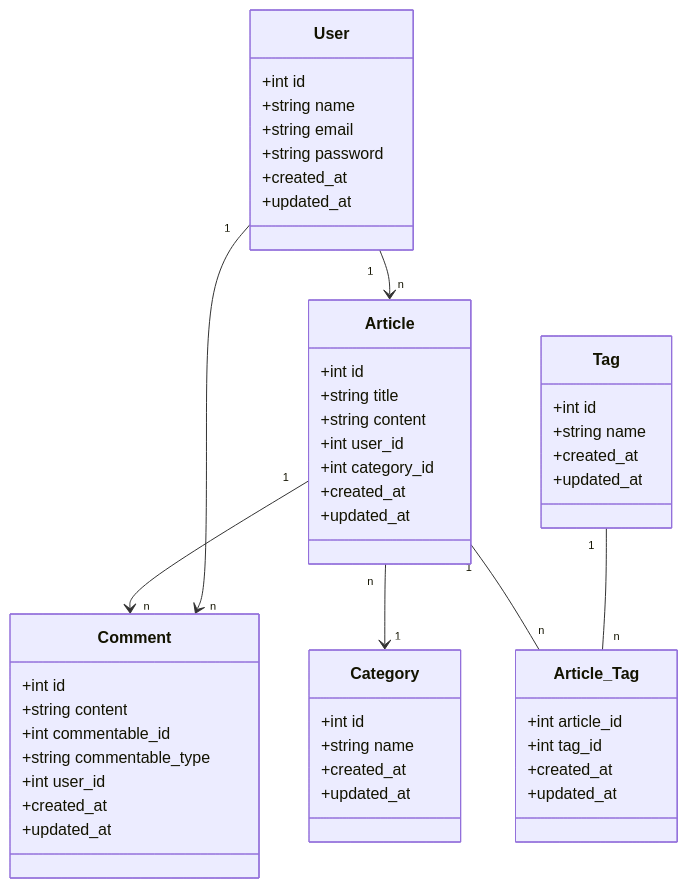
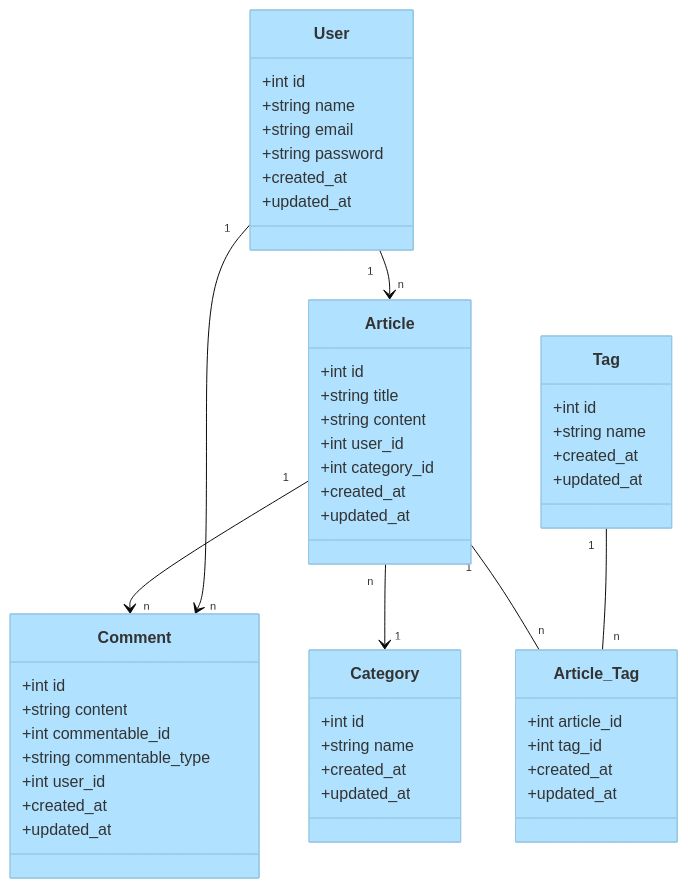
One commit to Tribak-Ayoub/Project-fil-rouge changed the diagram in Technical Branch/Generic Design/Class-Diagram-Blog.mmd. Above: the diagram before and after it, drawn with Mermaid. The commit also changed 1 other file, not shown here.

Commit message:
change the class diagram color

```diff
--- a/Technical Branch/Generic Design/Class-Diagram-Blog.mmd
+++ b/Technical Branch/Generic Design/Class-Diagram-Blog.mmd
@@ -1,57 +1,59 @@
+%%{init: {'theme': 'base', 'themeVariables': {'primaryColor': '#B0E2FF', 'edgeLabelBackground': '#E6F7FF', 'tertiaryColor': '#D9F2FF'}}}%%
+
 classDiagram
   class User {
     +int id
     +string name
     +string email
     +string password
     +created_at
     +updated_at
   }
 
   class Article {
     +int id
     +string title
     +string content
     +int user_id
     +int category_id
     +created_at
     +updated_at
   }
 
   class Category {
     +int id
     +string name
     +created_at
     +updated_at
   }
 
   class Tag {
     +int id
     +string name
     +created_at
     +updated_at
   }
 
   class Article_Tag {
     +int article_id
     +int tag_id
     +created_at
     +updated_at
   }
 
   class Comment {
     +int id
     +string content
     +int commentable_id
     +string commentable_type
     +int user_id
     +created_at
     +updated_at
   }
 
   Article "n" --> "1" Category
   Article "1" --> "n" Comment
   Article "1" -- "n" Article_Tag
   Tag "1" -- "n" Article_Tag
   User "1" --> "n" Comment
   User "1" --> "n" Article
```
